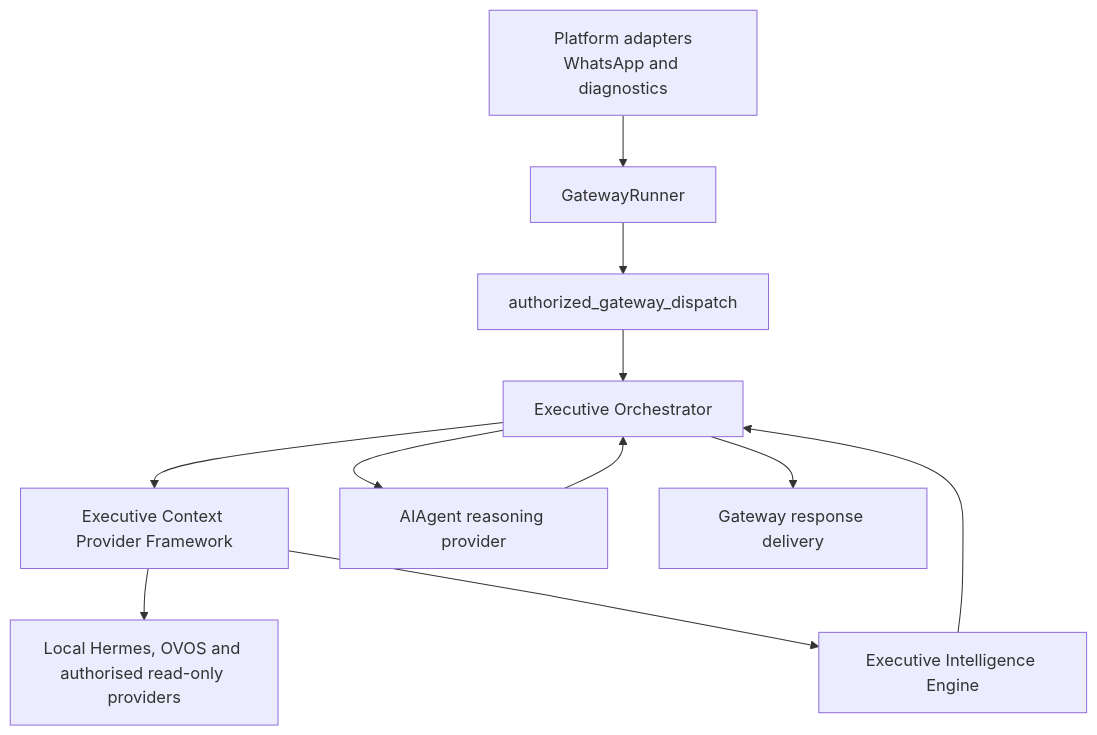
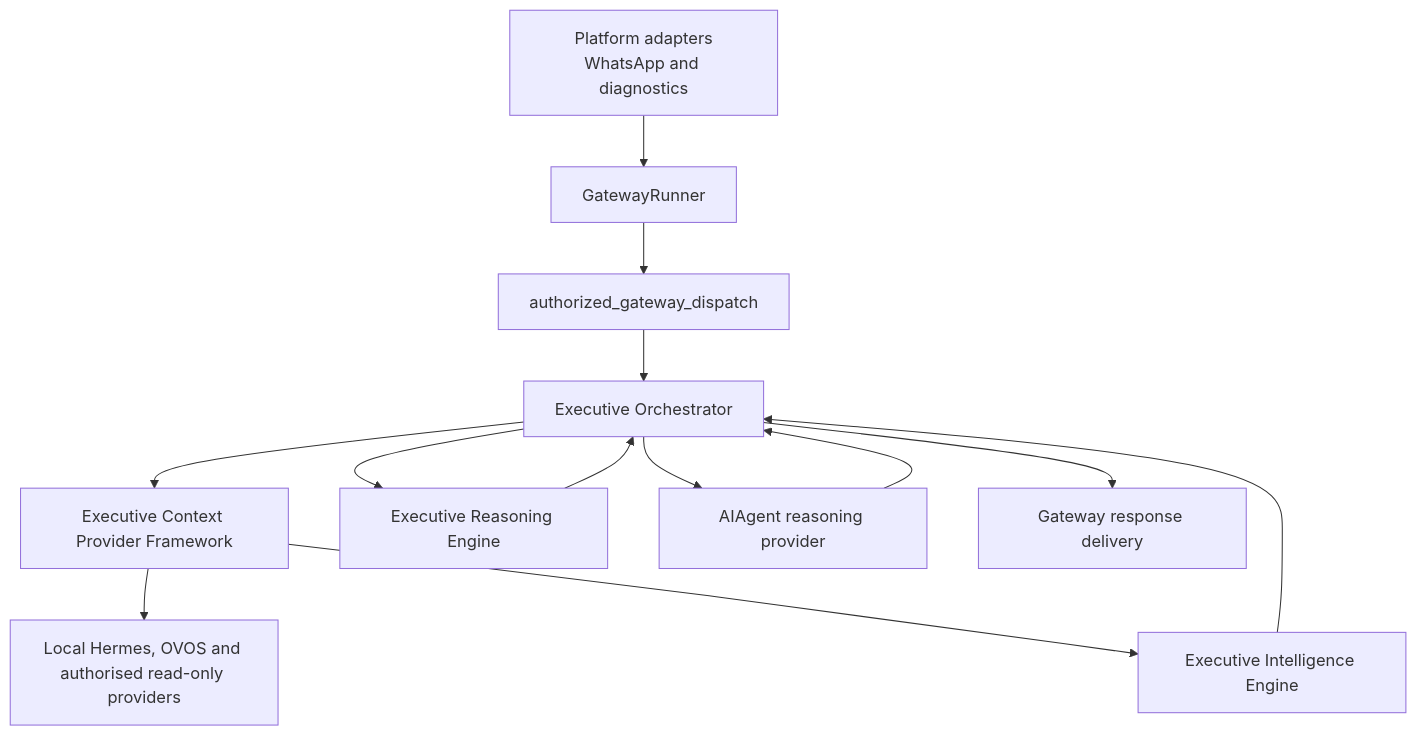
The diagram in docs/architecture/HERMES-LAYERED-ARCHITECTURE-v1.md (nitinteck/hermes-agent), drawn with Mermaid before and after one commit. The commit also changed other lines of this file and 16 other files, not shown here.

Commit message:
feat: add Hermes executive reasoning engine

````diff
--- a/docs/architecture/HERMES-LAYERED-ARCHITECTURE-v1.md
+++ b/docs/architecture/HERMES-LAYERED-ARCHITECTURE-v1.md
@@ -11,13 +11,15 @@
 ```mermaid
 flowchart TD
   A["Platform adapters<br/>WhatsApp and diagnostics"] --> B["GatewayRunner"]
   B --> C["authorized_gateway_dispatch"]
   C --> D["Executive Orchestrator"]
   D --> E["Executive Context Provider Framework"]
   E --> F["Local Hermes, OVOS and authorised read-only providers"]
   E --> I["Executive Intelligence Engine"]
   I --> D
+  D --> R["Executive Reasoning Engine"]
+  R --> D
   D --> G["AIAgent reasoning provider"]
   G --> D
   D --> H["Gateway response delivery"]
 ```
````
